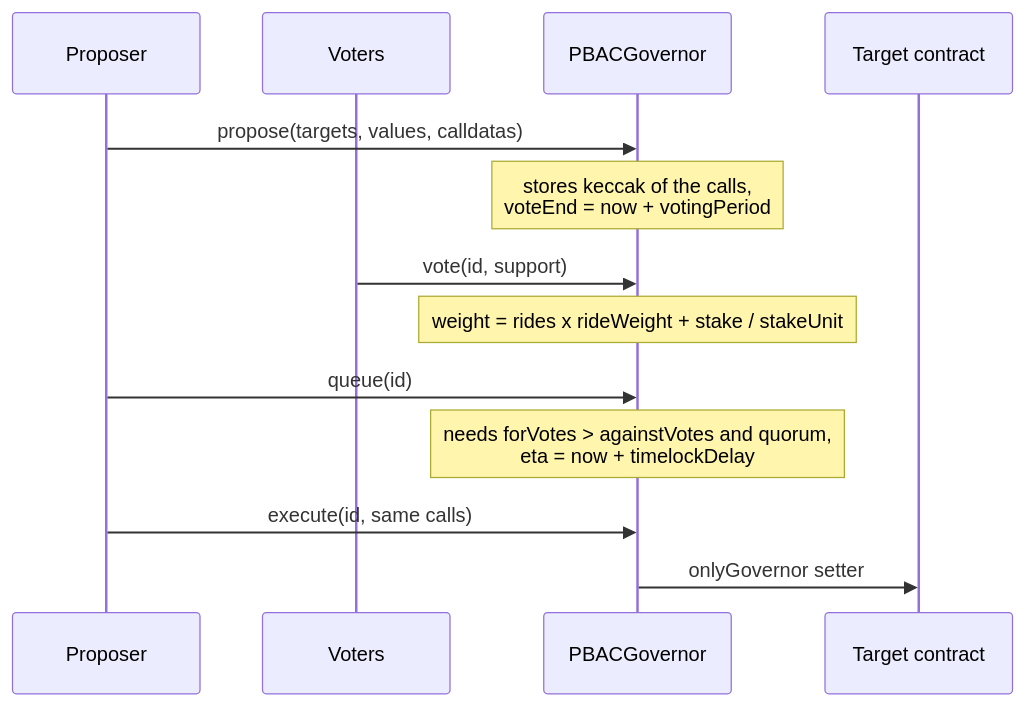
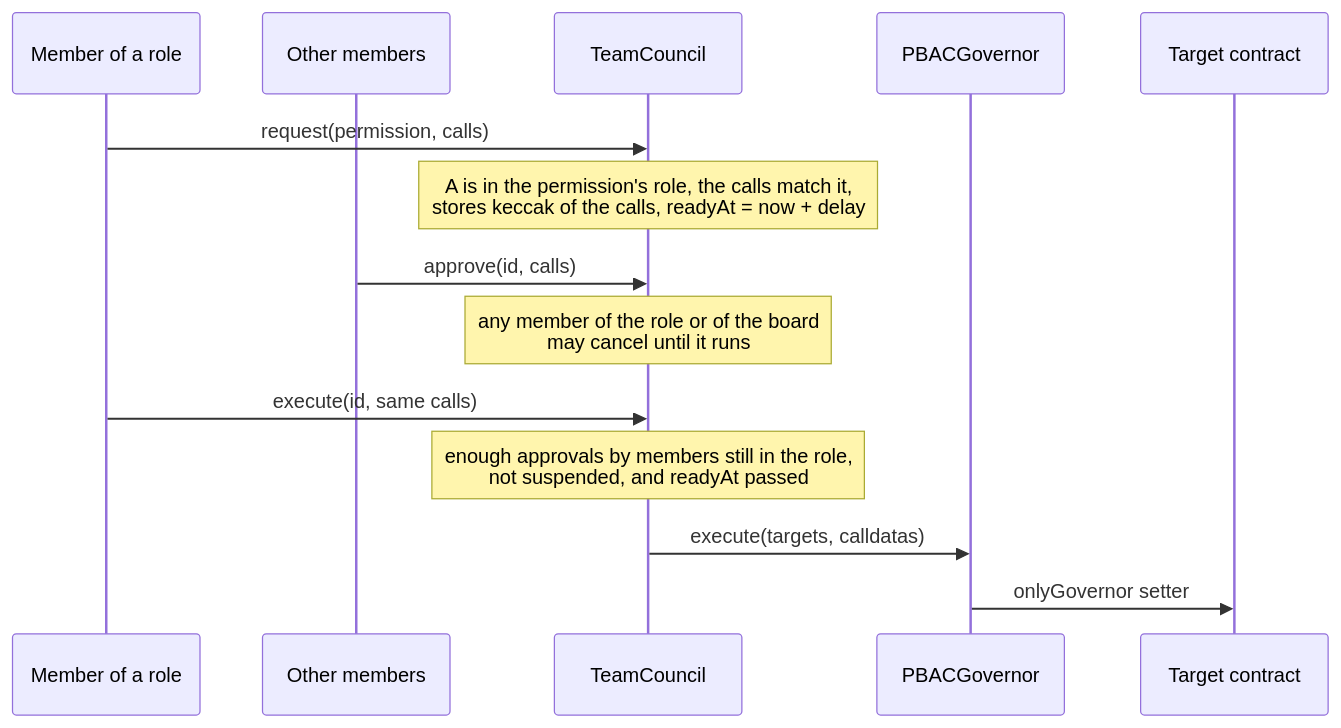
One commit to MuriloSchaefer/klippelgo changed the third of 3 diagrams in contracts/docs/overview.md. Above: the diagram before and after it, drawn with Mermaid. The commit also changed other lines of this file and 34 other files, not shown here.

````diff
--- a/contracts/docs/overview.md
+++ b/contracts/docs/overview.md
@@ -119,16 +131,17 @@
 ```mermaid
 sequenceDiagram
-    participant P as Proposer
-    participant V as Voters
+    participant A as Member of a role
+    participant B as Other members
+    participant K as TeamCouncil
     participant G as PBACGovernor
     participant T as Target contract
 
-    P->>G: propose(targets, values, calldatas)
-    Note over G: stores keccak of the calls,<br/>voteEnd = now + votingPeriod
-    V->>G: vote(id, support)
-    Note over G: weight = rides x rideWeight + stake / stakeUnit
-    P->>G: queue(id)
-    Note over G: needs forVotes > againstVotes and quorum,<br/>eta = now + timelockDelay
-    P->>G: execute(id, same calls)
+    A->>K: request(permission, calls)
+    Note over K: A is in the permission's role, the calls match it,<br/>stores keccak of the calls, readyAt = now + delay
+    B->>K: approve(id, calls)
+    Note over K: any member of the role or of the board<br/>may cancel until it runs
+    A->>K: execute(id, same calls)
+    Note over K: enough approvals by members still in the role,<br/>not suspended, and readyAt passed
+    K->>G: execute(targets, calldatas)
     G->>T: onlyGovernor setter
 ```
````
